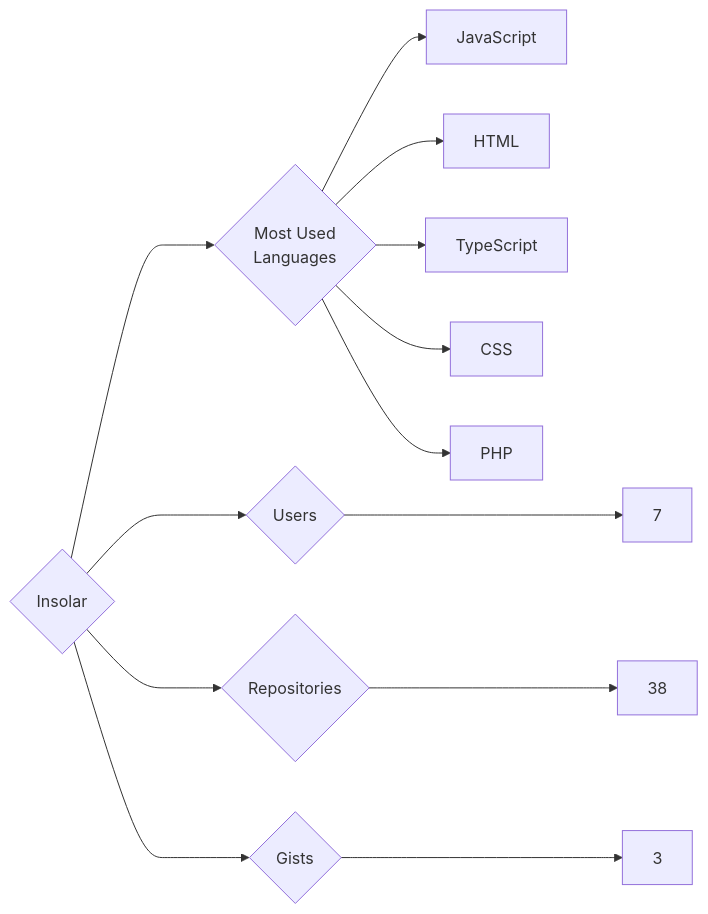
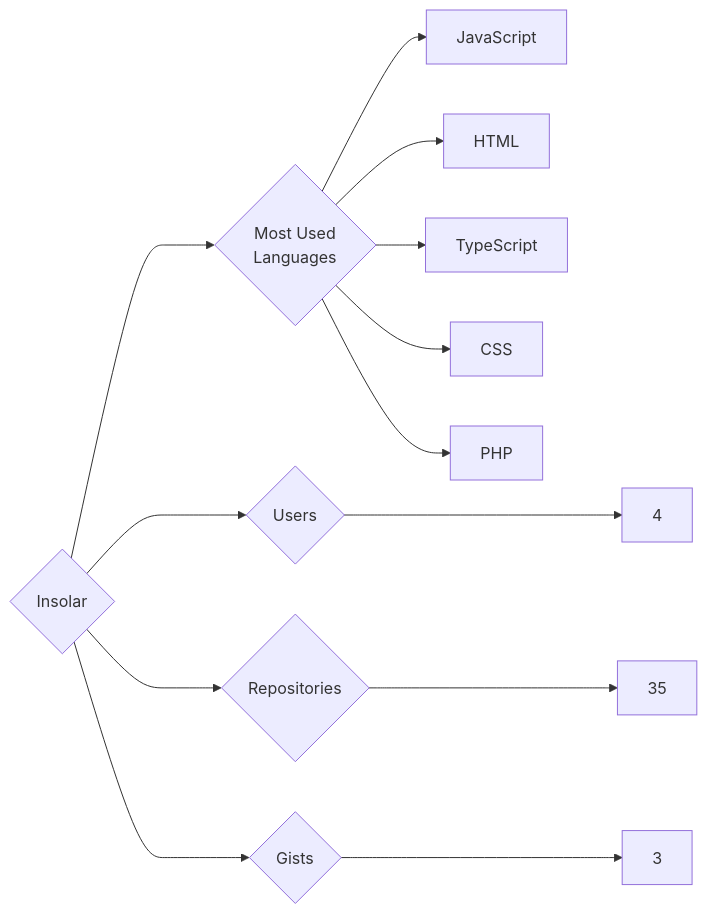
The diagram in targets/Insolar/README.md (trickest/insiders), drawn with Mermaid before and after one commit. The commit also changed 984 other files, not shown here.

````diff
--- a/targets/Insolar/README.md
+++ b/targets/Insolar/README.md
@@ -3,13 +3,13 @@
 ```mermaid
 graph LR
 COMPANY_NAME{Insolar}
-COMPANY_NAME ---> U{Users} ---> UN[7]
-COMPANY_NAME ---> R{Repositories} ---> RN[38]
+COMPANY_NAME ---> U{Users} ---> UN[4]
+COMPANY_NAME ---> R{Repositories} ---> RN[35]
 COMPANY_NAME ---> G{Gists} ---> GN[3]
 COMPANY_NAME ---> ML{Most Used<br>Languages}
 ML --> JavaScript[JavaScript]
 ML --> HTML[HTML]
 ML --> TypeScript[TypeScript]
 ML --> CSS[CSS]
 ML --> PHP[PHP]
 ```
````
